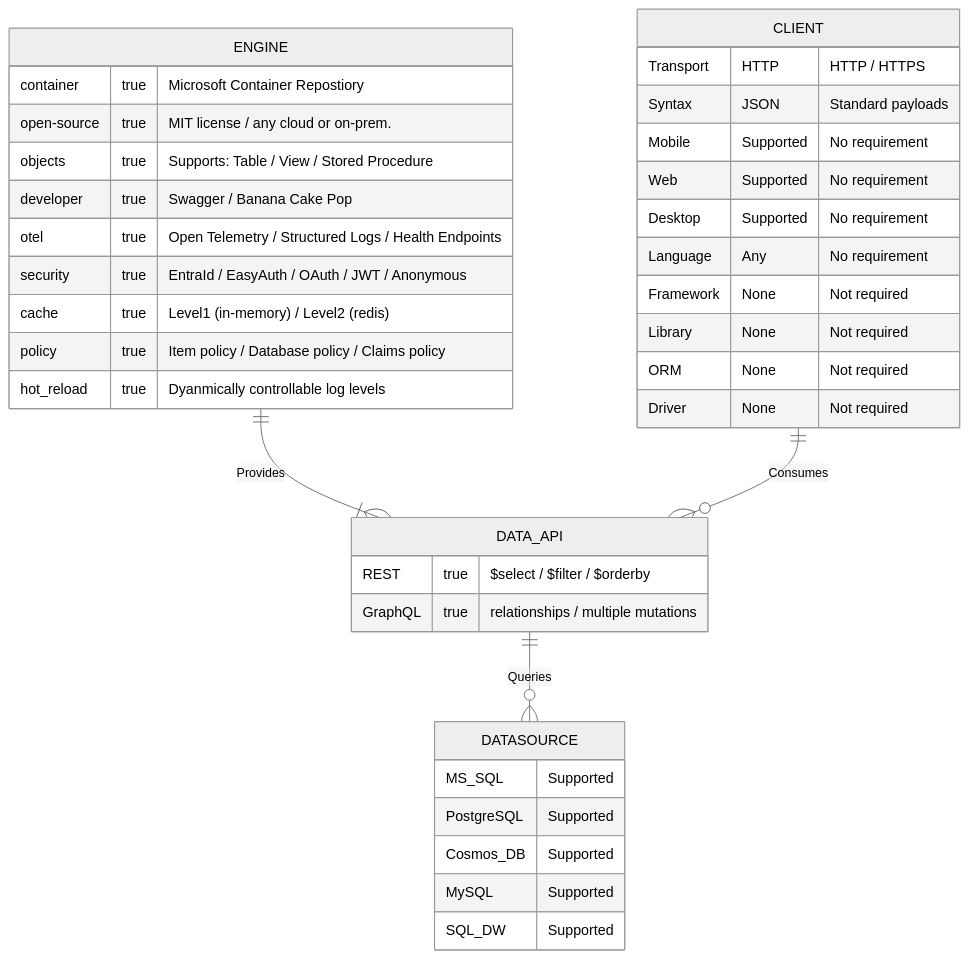
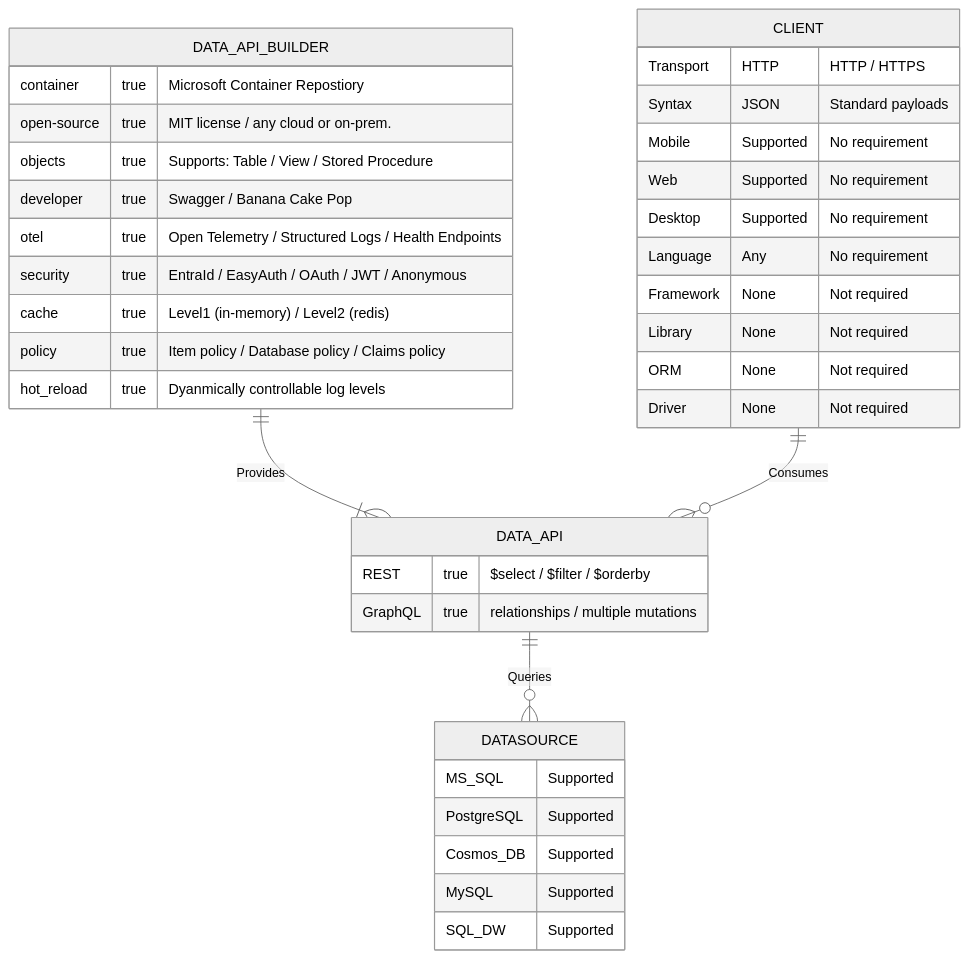
One commit to Azure/data-api-builder changed the diagram in README.md. Above: the diagram before and after it, drawn with Mermaid (neutral theme).

````diff
--- a/README.md
+++ b/README.md
@@ -22,40 +22,40 @@
 ```mermaid
 erDiagram
-    ENGINE ||--|{ DATA_API : "Provides"
-    ENGINE {
+    DATA_API_BUILDER ||--|{ DATA_API : "Provides"
+    DATA_API_BUILDER {
         container true "Microsoft Container Repostiory"
         open-source true "MIT license / any cloud or on-prem."
         objects true "Supports: Table / View / Stored Procedure"
         developer true "Swagger / Banana Cake Pop"
         otel true "Open Telemetry / Structured Logs / Health Endpoints"
         security true "EntraId / EasyAuth / OAuth / JWT / Anonymous"
         cache true "Level1 (in-memory) / Level2 (redis)"
         policy true "Item policy / Database policy / Claims policy"
         hot_reload true "Dyanmically controllable log levels"
     }
     DATA_API ||--o{ DATASOURCE : "Queries"
     DATA_API {
         REST true "$select / $filter / $orderby"
         GraphQL true "relationships / multiple mutations"
     }
     DATASOURCE {
         MS_SQL Supported
         PostgreSQL Supported
         Cosmos_DB Supported
         MySQL Supported
         SQL_DW Supported
     }
     CLIENT ||--o{ DATA_API : "Consumes"
     CLIENT {
         Transport HTTP "HTTP / HTTPS"
         Syntax JSON "Standard payloads"
         Mobile Supported "No requirement"
         Web Supported "No requirement"
         Desktop Supported "No requirement"
         Language Any "No requirement"
         Framework None "Not required"
         Library None "Not required"
         ORM None "Not required"
         Driver None "Not required"
     }
 ```
````
